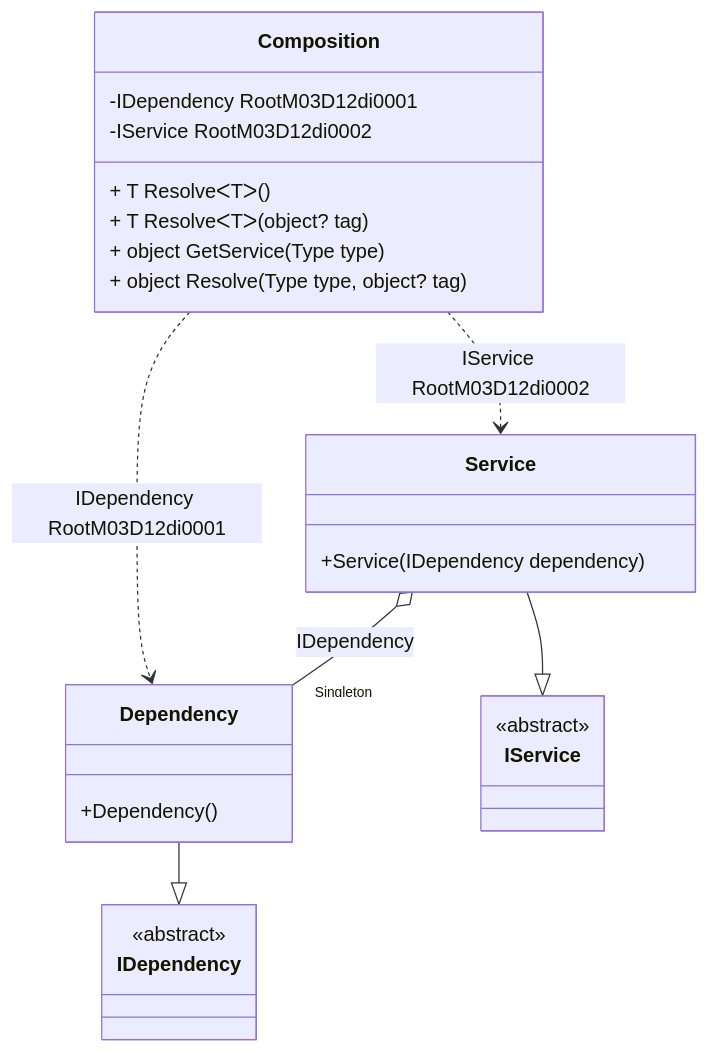
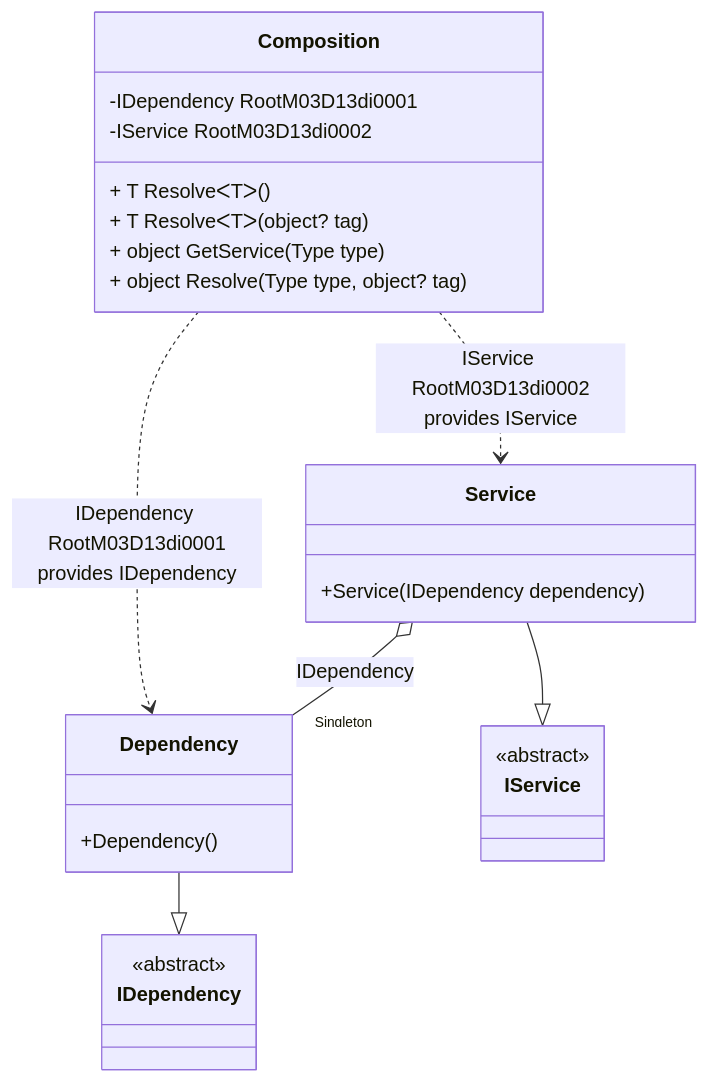
The diagram in readme/service-provider.md (DevTeam/Pure.DI), drawn with Mermaid before and after one commit. The commit also changed other lines of this file and 73 other files, not shown here.

````diff
--- a/readme/service-provider.md
+++ b/readme/service-provider.md
@@ -45,28 +45,28 @@
 ```mermaid
 classDiagram
   class Composition {
-    -IDependency RootM03D12di0001
-    -IService RootM03D12di0002
+    -IDependency RootM03D13di0001
+    -IService RootM03D13di0002
     + T ResolveᐸTᐳ()
     + T ResolveᐸTᐳ(object? tag)
     + object GetService(Type type)
     + object Resolve(Type type, object? tag)
   }
   Dependency --|> IDependency : 
   class Dependency {
     +Dependency()
   }
   Service --|> IService : 
   class Service {
     +Service(IDependency dependency)
   }
   class IDependency {
     <<abstract>>
   }
   class IService {
     <<abstract>>
   }
   Service o--  "Singleton" Dependency : IDependency
-  Composition ..> Dependency : IDependency RootM03D12di0001
-  Composition ..> Service : IService RootM03D12di0002
+  Composition ..> Dependency : IDependency RootM03D13di0001<br/>provides IDependency
+  Composition ..> Service : IService RootM03D13di0002<br/>provides IService
 ```
````
